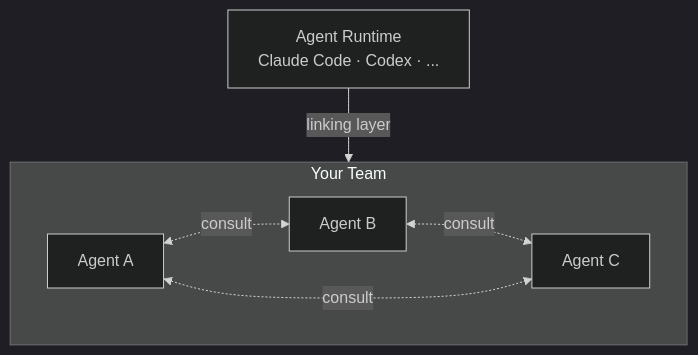
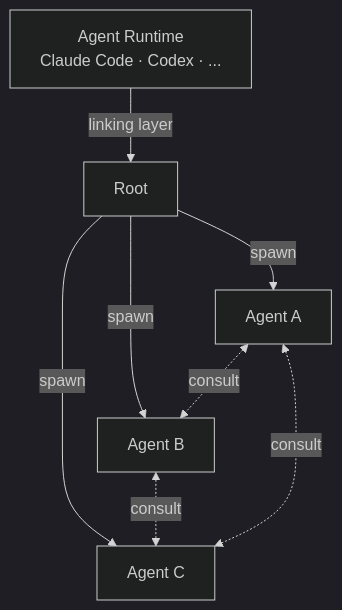
Before and after one commit to Kord96/kordinate: the diagram in docs/index.md, drawn with Mermaid (dark theme).

Commit message:
Home diagram: show Root spawning agents via linking layer [scribe]
Runtime → linking layer → Root → spawn → Agents consult each other.

````diff
--- a/docs/index.md
+++ b/docs/index.md
@@ -5,10 +5,10 @@
 ```mermaid
 flowchart TB
-    RT[Agent Runtime<br/>Claude Code · Codex · ...] -->|linking layer| team
-
-    subgraph team[Your Team]
-        A1[Agent A] <-.->|consult| A2[Agent B]
-        A2 <-.->|consult| A3[Agent C]
-        A1 <-.->|consult| A3
-    end
+    RT[Agent Runtime<br/>Claude Code · Codex · ...] -->|linking layer| ROOT[Root]
+    ROOT -->|spawn| A1[Agent A]
+    ROOT -->|spawn| A2[Agent B]
+    ROOT -->|spawn| A3[Agent C]
+    A1 <-.->|consult| A2
+    A2 <-.->|consult| A3
+    A1 <-.->|consult| A3
 ```
````
